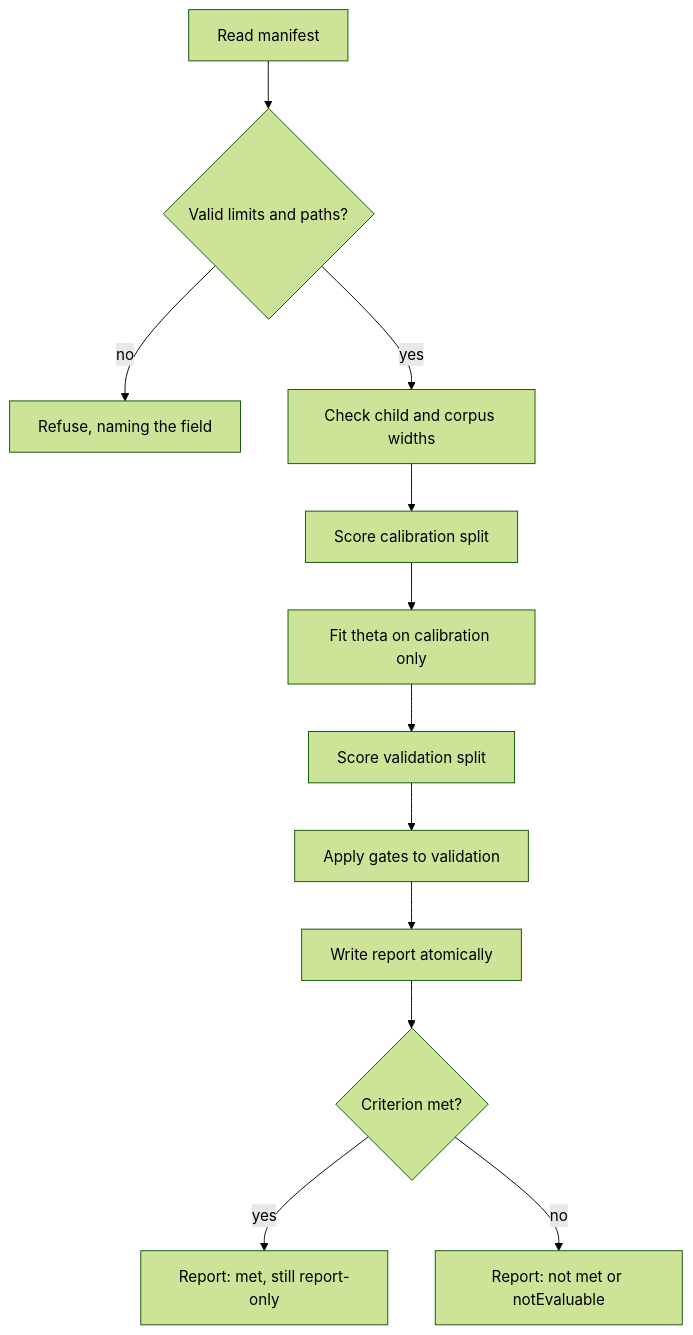
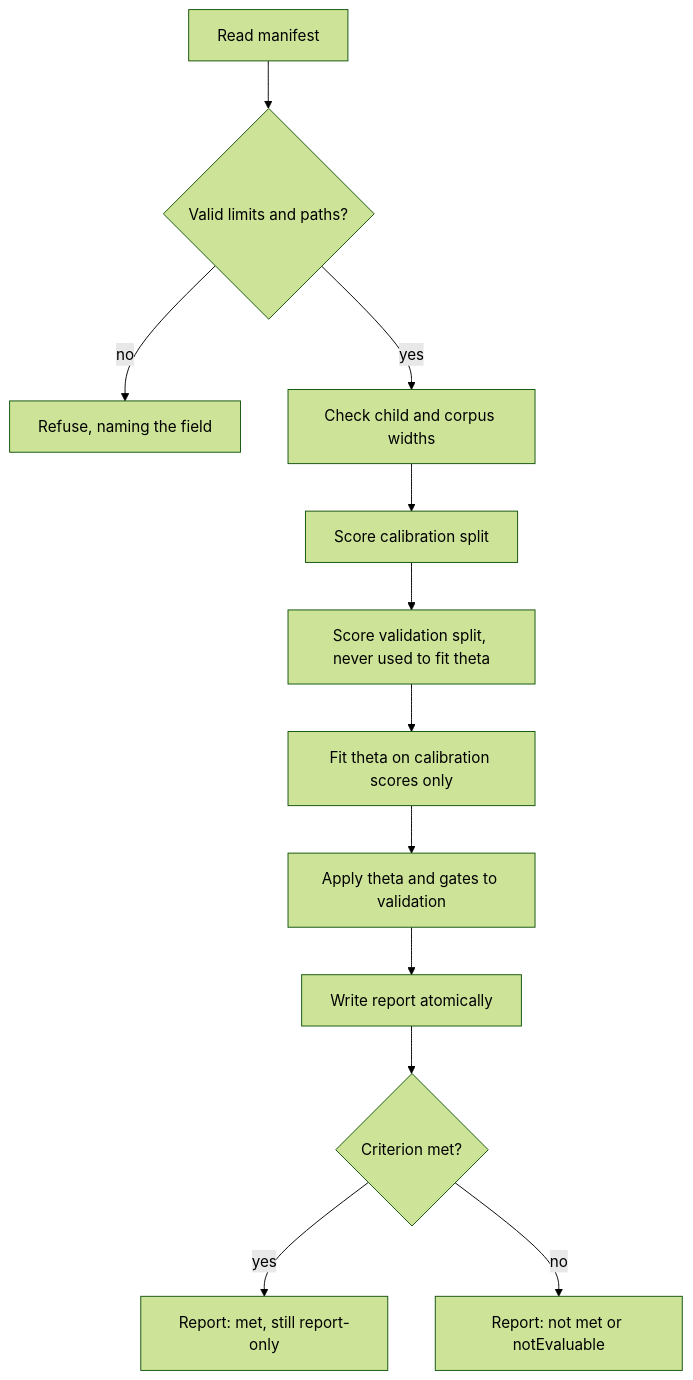
Before and after one commit to stSoftwareAU/NEAT-AI-Ockham: the diagram in docs/preservation-audit.md, drawn with Mermaid (forest theme). The commit also changed other lines of this file and 6 other files, not shown here.

````diff
--- a/docs/preservation-audit.md
+++ b/docs/preservation-audit.md
@@ -253,14 +259,14 @@
 ```mermaid
 flowchart TD
     A[Read manifest] --> B{Valid limits and paths?}
     B -- no --> X[Refuse, naming the field]
     B -- yes --> C[Check child and corpus widths]
     C --> D[Score calibration split]
-    D --> E[Fit theta on calibration only]
-    E --> F[Score validation split]
-    F --> G[Apply gates to validation]
+    D --> F[Score validation split, never used to fit theta]
+    F --> E[Fit theta on calibration scores only]
+    E --> G[Apply theta and gates to validation]
     G --> H[Write report atomically]
     H --> I{Criterion met?}
     I -- yes --> J[Report: met, still report-only]
     I -- no --> K[Report: not met or notEvaluable]
 ```
````
